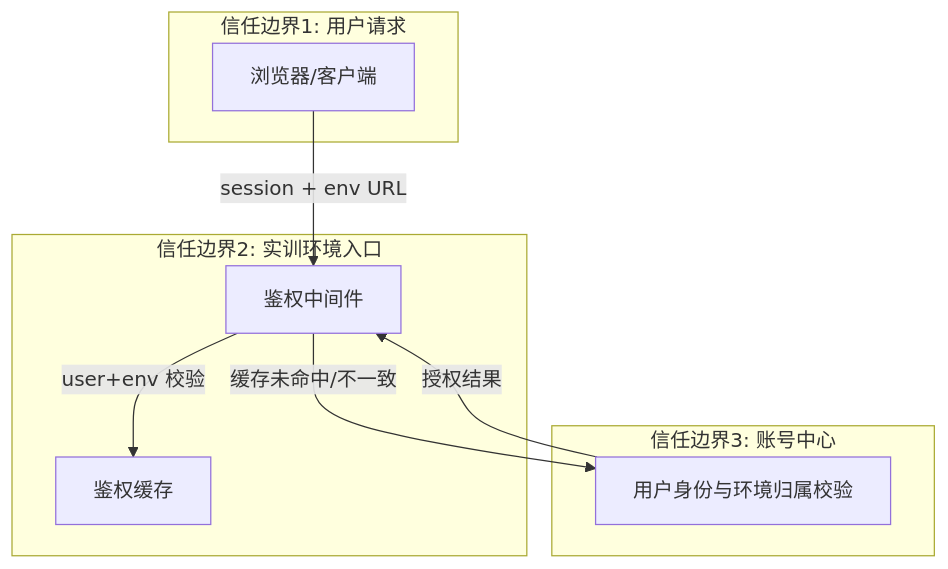
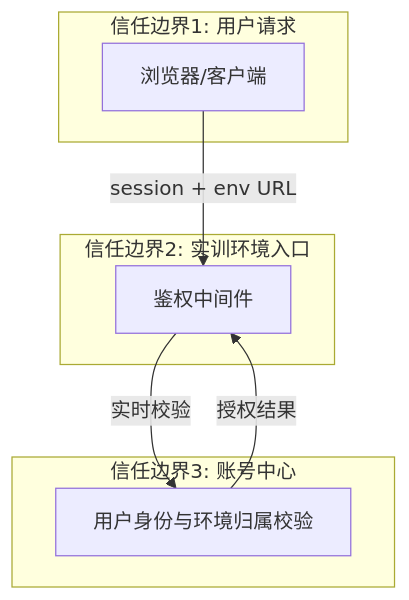
One commit to GeorgeCao-hw/backlog-test changed the third of 3 diagrams in opensourceways/backlog/issue_docs/151/Architecture Desgin/#151 Architecture Design Specification.md. Above: the diagram before and after it, drawn with Mermaid. The commit also changed other lines of this file and 1 other file, not shown here.

````diff
--- a/opensourceways/backlog/issue_docs/151/Architecture Desgin/#151 Architecture Design Specification.md
+++ b/opensourceways/backlog/issue_docs/151/Architecture Desgin/#151 Architecture Design Specification.md
@@ -119,17 +111,15 @@
 ```mermaid
 flowchart TB
     subgraph T1[信任边界1: 用户请求]
         U[浏览器/客户端]
     end
     subgraph T2[信任边界2: 实训环境入口]
         G[鉴权中间件]
-        K[鉴权缓存]
     end
     subgraph T3[信任边界3: 账号中心]
         C[用户身份与环境归属校验]
     end
     U -->|session + env URL| G
-    G -->|user+env 校验| K
-    G -->|缓存未命中/不一致| C
+    G -->|实时校验| C
     C -->|授权结果| G
 ```
````
